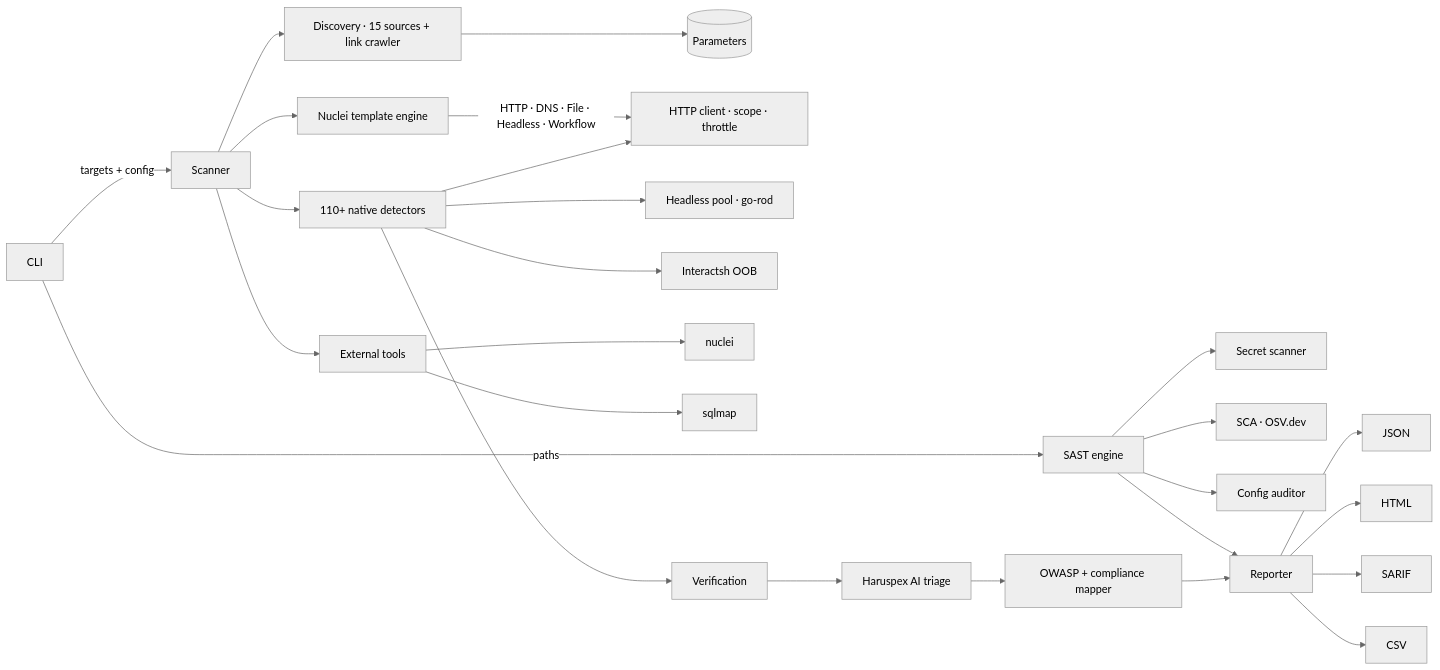
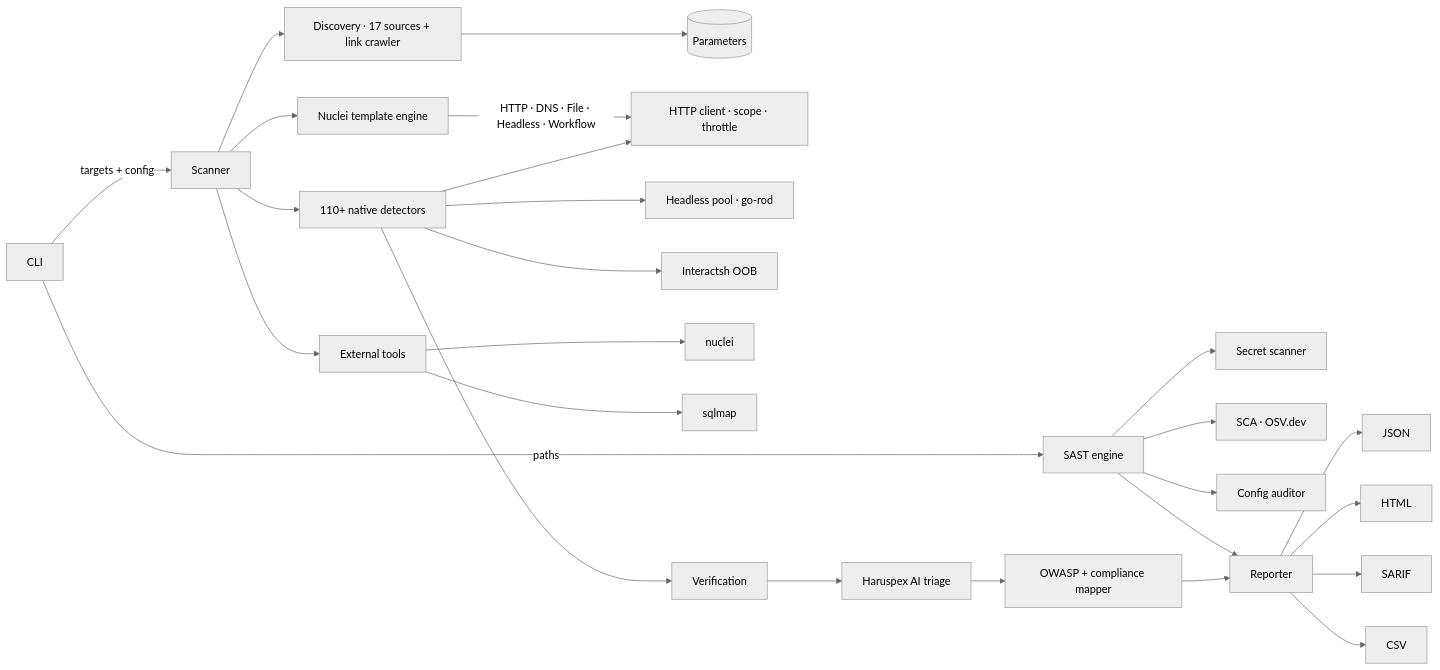
The diagram in README.md (TyrusRC/assay), drawn with Mermaid (neutral theme) before and after one commit. The commit also changed other lines of this file, not shown here.

First line of the commit message:
Update README with 17-source discovery, CMDI/XSS improvements

````diff
--- a/README.md
+++ b/README.md
@@ -649,25 +656,25 @@
 ```mermaid
 flowchart LR
     CLI -->|targets + config| Scanner
     CLI -->|paths| SAST[SAST engine]
-    Scanner --> Discovery[Discovery · 15 sources + link crawler]
+    Scanner --> Discovery[Discovery · 17 sources + link crawler]
     Discovery --> Params[(Parameters)]
     Scanner --> Detection[110+ native detectors]
     Detection --> HTTP[HTTP client · scope · throttle]
     Detection --> Headless[Headless pool · go-rod]
     Detection --> OOB[Interactsh OOB]
     Scanner --> Templates[Nuclei template engine]
     Templates -->|HTTP · DNS · File · Headless · Workflow| HTTP
     Scanner --> Tools[External tools]
     Tools --> NucleiBin[nuclei]
     Tools --> SQLMapBin[sqlmap]
     Detection --> Verify[Verification]
     Verify --> Haruspex[Haruspex AI triage]
     Haruspex --> OWASP[OWASP + compliance mapper]
     SAST --> Secrets[Secret scanner]
     SAST --> SCA[SCA · OSV.dev]
     SAST --> Config[Config auditor]
     OWASP --> Reporter
     SAST --> Reporter
     Reporter --> JSON & HTML & SARIF & CSV
 ```
````
